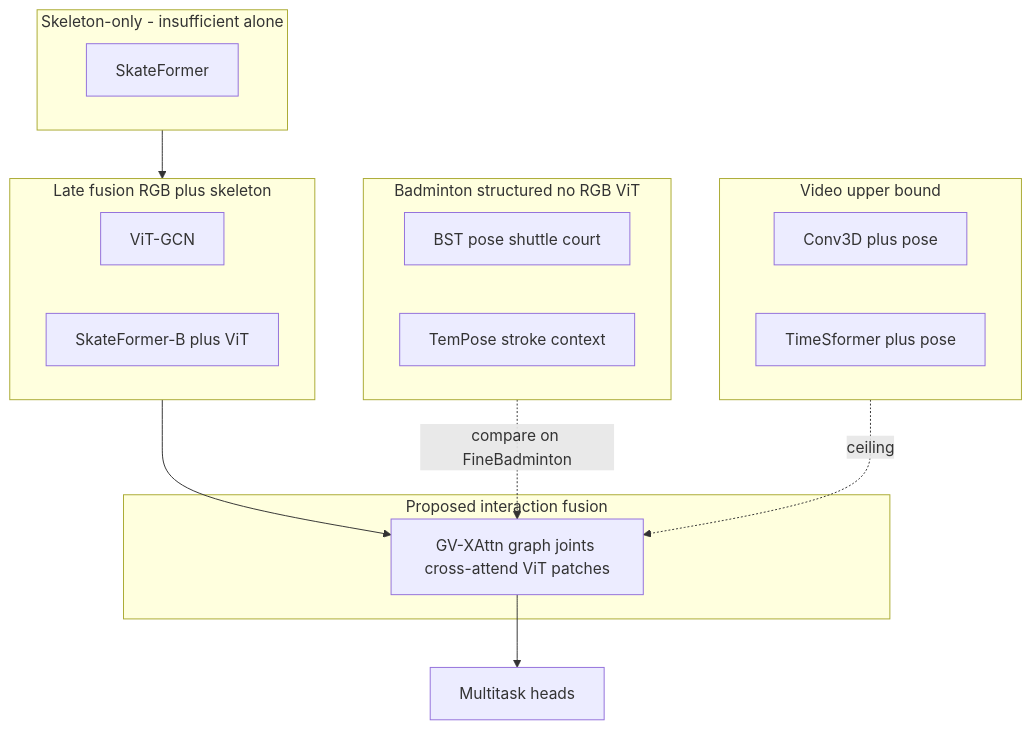
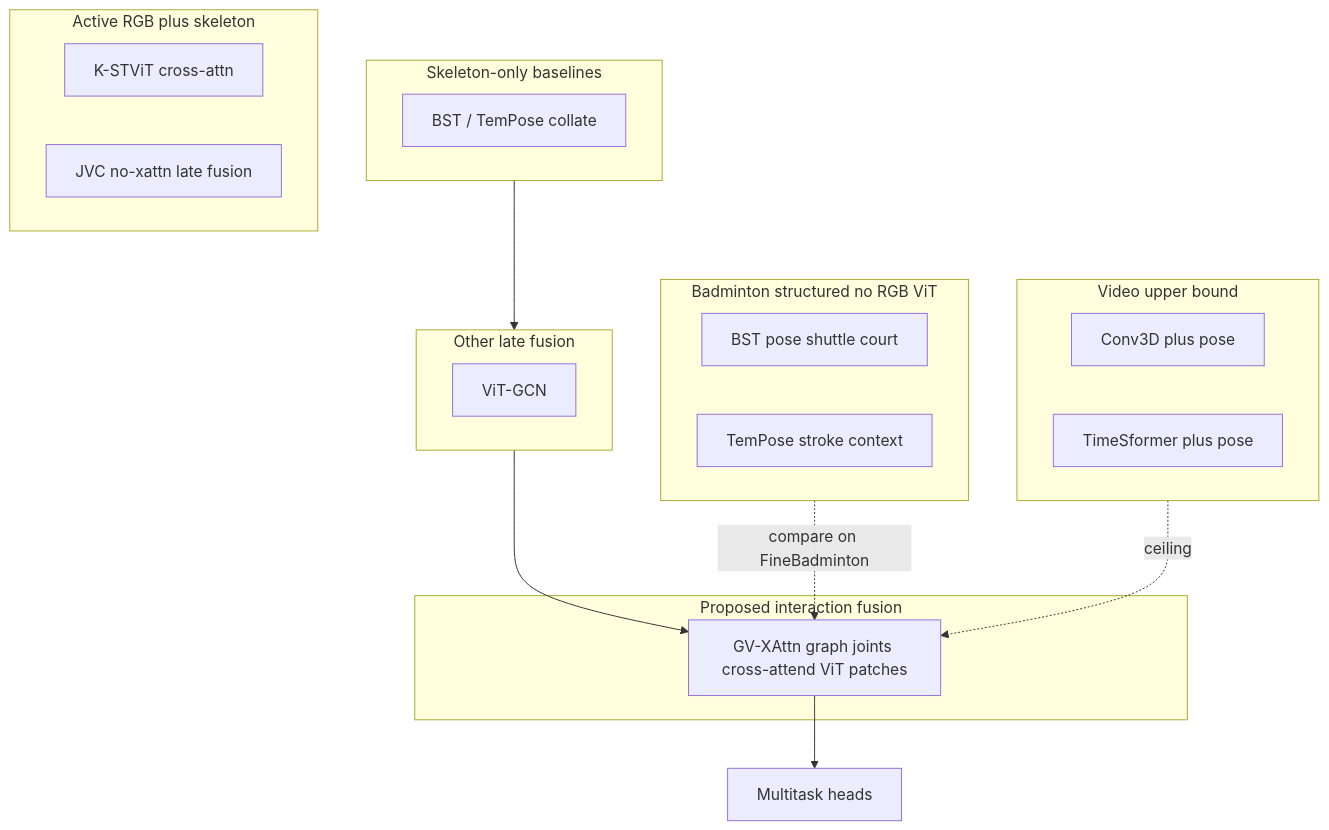
One commit to Navneethd8/BadCoach changed the first of 2 diagrams in docs/plan.md. Above: the diagram before and after it, drawn with Mermaid. The commit also changed other lines of this file and 17 other files, not shown here.

First line of the commit message:
Remove standalone SkateFormer and SkateFormer-B training paths.

````diff
--- a/docs/plan.md
+++ b/docs/plan.md
@@ -40,31 +40,35 @@
 ```mermaid
 flowchart TB
-  subgraph poseOnly [Skeleton-only - insufficient alone]
-    Skate[SkateFormer]
+  subgraph poseOnly [Skeleton-only baselines]
+    BSTpose[BST / TemPose collate]
   end
 
-  subgraph lateFusion [Late fusion RGB plus skeleton]
+  subgraph active [Active RGB plus skeleton]
+    KSTViT[K-STViT cross-attn]
+    JVC[JVC no-xattn late fusion]
+  end
+
+  subgraph lateFusion [Other late fusion]
     ViTGCN[ViT-GCN]
-    SkateB[SkateFormer-B plus ViT]
   end
 
   subgraph proposed [Proposed interaction fusion]
     GVX[GV-XAttn graph joints cross-attend ViT patches]
   end
 
   subgraph structured [Badminton structured no RGB ViT]
     BST[BST pose shuttle court]
     TemPose[TemPose stroke context]
   end
 
   subgraph video [Video upper bound]
     Conv3D[Conv3D plus pose]
     TS[TimeSformer plus pose]
   end
 
   poseOnly --> lateFusion
   lateFusion --> GVX
   structured -.->|compare on FineBadminton| GVX
   video -.->|ceiling| GVX
   GVX --> Heads[Multitask heads]
 ```
````
